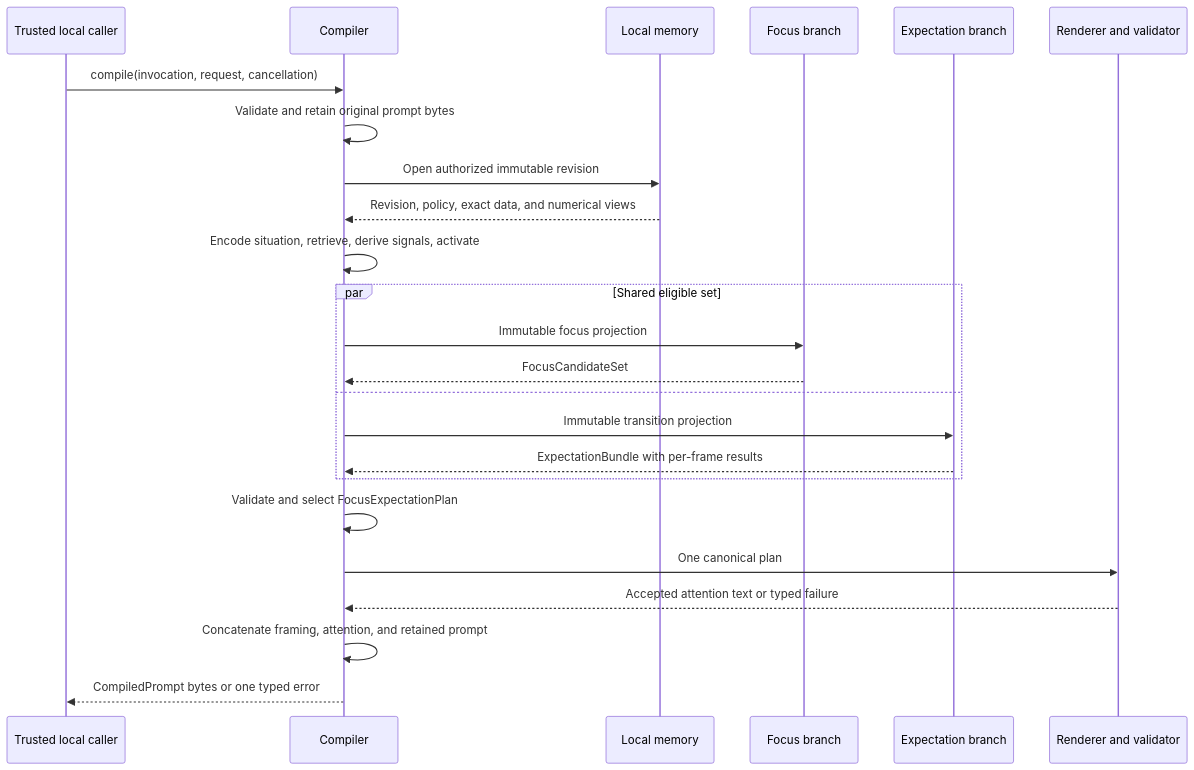
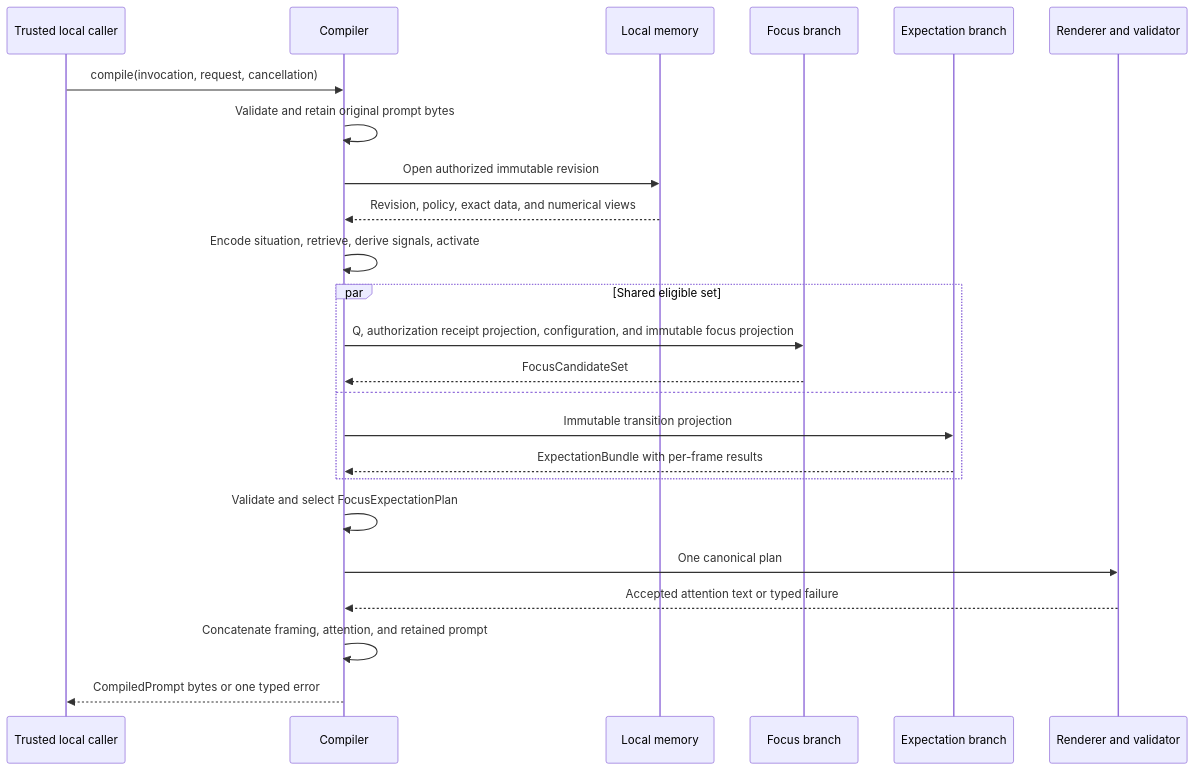
One commit to Lamentis-operating-systems/nemosyne changed the second of 8 diagrams in docs/specifications/v1-reference-architecture.md. Above: the diagram before and after it, drawn with Mermaid. The commit also changed other lines of this file and 5 other files, not shown here.

Commit message:
Resolve V1 architecture review findings

````diff
--- a/docs/specifications/v1-reference-architecture.md
+++ b/docs/specifications/v1-reference-architecture.md
@@ -77,26 +79,26 @@
 ```mermaid
 sequenceDiagram
     participant Caller as Trusted local caller
     participant Compiler as Compiler
     participant Store as Local memory
     participant Focus as Focus branch
     participant Expect as Expectation branch
     participant Renderer as Renderer and validator
     Caller->>Compiler: compile(invocation, request, cancellation)
     Compiler->>Compiler: Validate and retain original prompt bytes
     Compiler->>Store: Open authorized immutable revision
     Store-->>Compiler: Revision, policy, exact data, and numerical views
     Compiler->>Compiler: Encode situation, retrieve, derive signals, activate
     par Shared eligible set
-        Compiler->>Focus: Immutable focus projection
+        Compiler->>Focus: Q, authorization receipt projection, configuration, and immutable focus projection
         Focus-->>Compiler: FocusCandidateSet
     and
         Compiler->>Expect: Immutable transition projection
         Expect-->>Compiler: ExpectationBundle with per-frame results
     end
     Compiler->>Compiler: Validate and select FocusExpectationPlan
     Compiler->>Renderer: One canonical plan
     Renderer-->>Compiler: Accepted attention text or typed failure
     Compiler->>Compiler: Concatenate framing, attention, and retained prompt
     Compiler-->>Caller: CompiledPrompt bytes or one typed error
 ```
````
